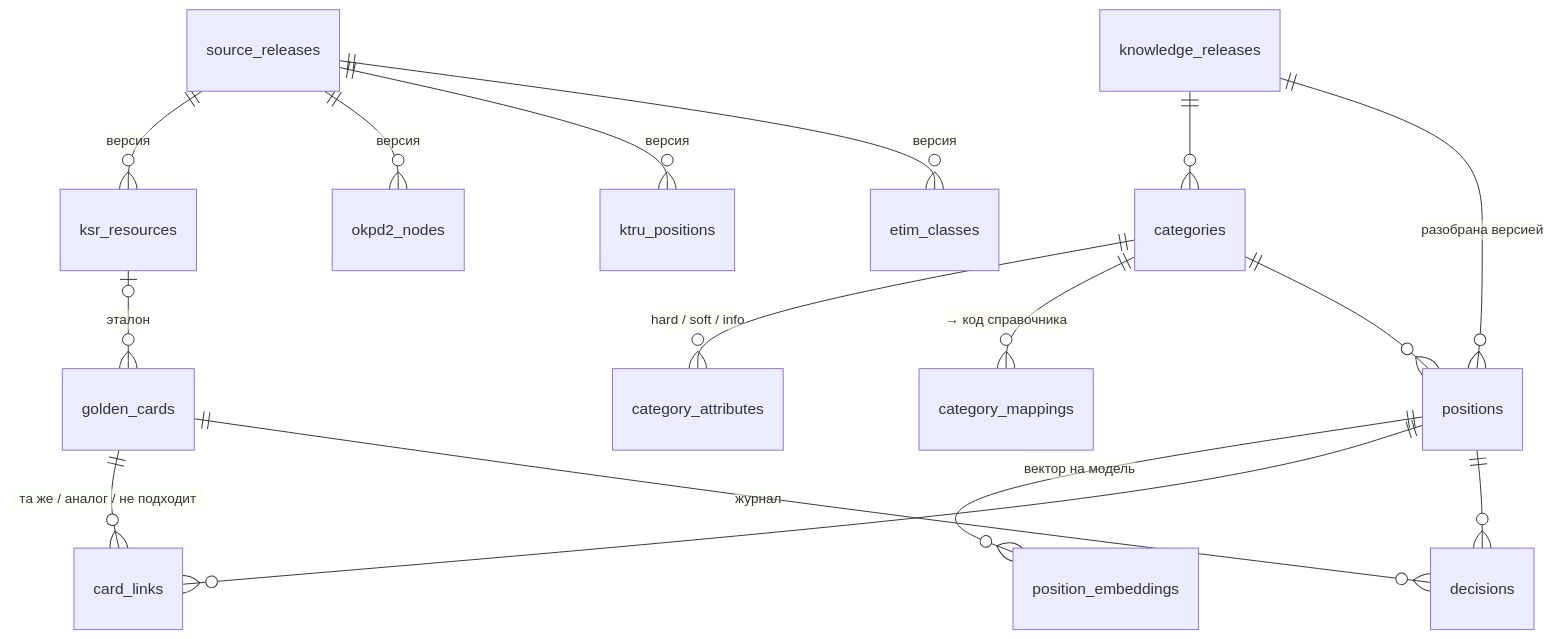
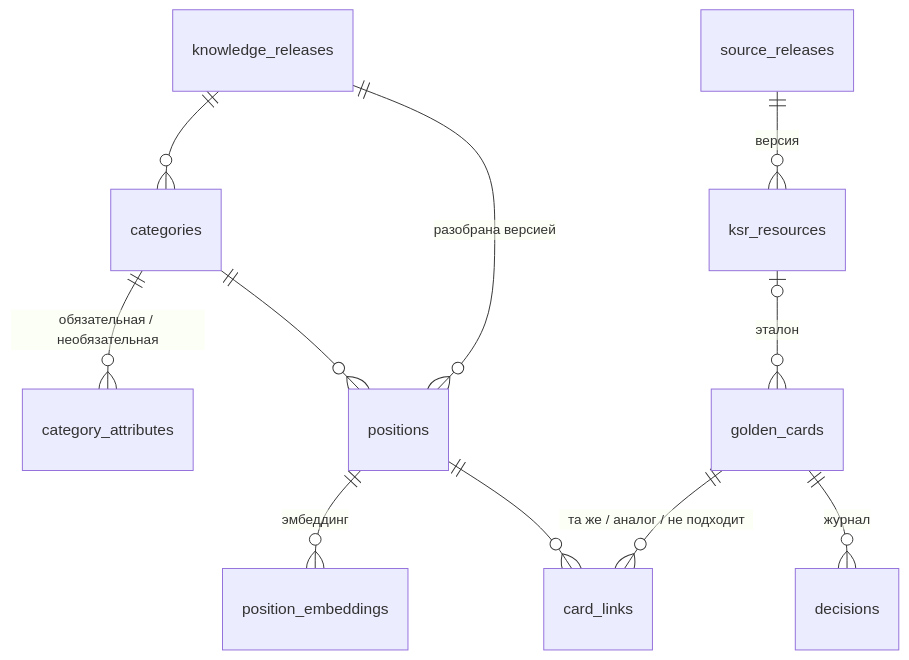
The fourth of 4 diagrams in ARCHITECTURE.md (WebVictory/mosaix), drawn with Mermaid before and after one commit. The commit also changed other lines of this file and 7 other files, not shown here.

First line of the commit message:
Fold docs/ into ARCHITECTURE.md, linear search diagrams, fill AI_LOG hours

````diff
--- a/ARCHITECTURE.md
+++ b/ARCHITECTURE.md
@@ -194,18 +249,13 @@
 ```mermaid
 erDiagram
-    source_releases ||--o{ ksr_resources : "версия"
-    source_releases ||--o{ okpd2_nodes : "версия"
-    source_releases ||--o{ ktru_positions : "версия"
-    source_releases ||--o{ etim_classes : "версия"
     knowledge_releases ||--o{ categories : ""
-    categories ||--o{ category_attributes : "hard / soft / info"
-    categories ||--o{ category_mappings : "→ код справочника"
+    categories ||--o{ category_attributes : "обязательная / необязательная"
     knowledge_releases ||--o{ positions : "разобрана версией"
     categories ||--o{ positions : ""
-    positions ||--o{ position_embeddings : "вектор на модель"
+    positions ||--o{ position_embeddings : "эмбеддинг"
     golden_cards ||--o{ card_links : "та же / аналог / не подходит"
     positions ||--o{ card_links : ""
     golden_cards ||--o{ decisions : "журнал"
-    positions ||--o{ decisions : ""
+    source_releases ||--o{ ksr_resources : "версия"
     ksr_resources |o--o{ golden_cards : "эталон"
 ```
````
